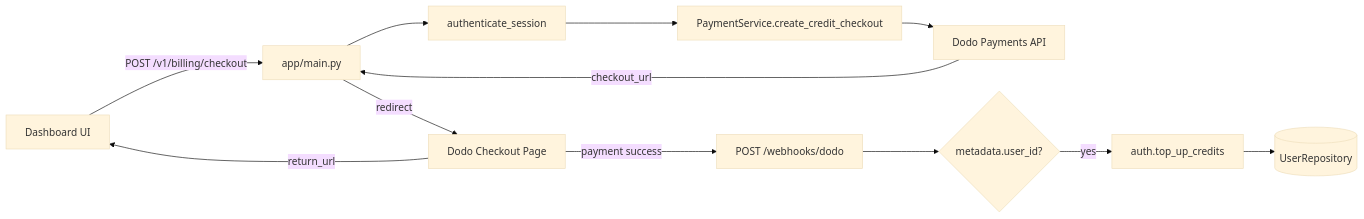
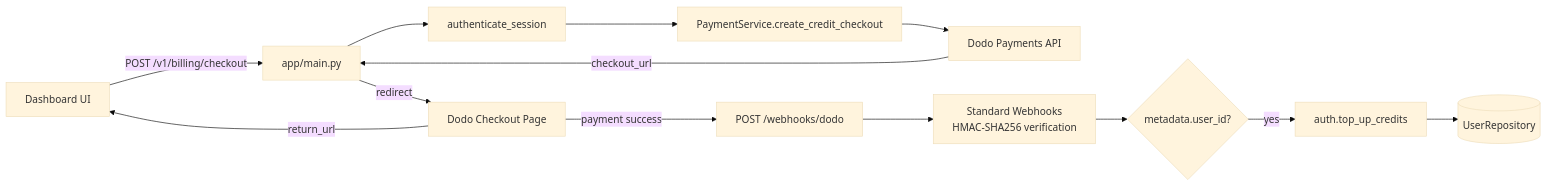
The third of 4 diagrams in ARCHITECTURE.md (adarsh-mamgain/openinference), drawn with Mermaid (base theme) before and after one commit. The commit also changed other lines of this file, not shown here.

Commit message:
Update ARCHITECTURE.md to reflect enhancements in Dodo Payments integration, including Standard Webhooks verification for payment processing. Modify flowchart to illustrate new verification step and update payment route description for clarity.

````diff
--- a/ARCHITECTURE.md
+++ b/ARCHITECTURE.md
@@ -301,15 +301,16 @@
 ```mermaid
 flowchart LR
     Dashboard[Dashboard UI] -->|POST /v1/billing/checkout| Main[app/main.py]
     Main --> Session[authenticate_session]
     Session --> Payment[PaymentService.create_credit_checkout]
     Payment --> Dodo[Dodo Payments API]
     Dodo -->|checkout_url| Main
     Main -->|redirect| DodoCheckout[Dodo Checkout Page]
     
-    DodoCheckout -->|payment success| DodoWebhook[POST /webhooks/dodo]
-    DodoWebhook --> Meta{metadata.user_id?}
-    Meta -->|yes| TopUp[auth.top_up_credits]
-    TopUp --> UserRepo[(UserRepository)]
-    DodoCheckout -->|return_url| Dashboard
+     DodoCheckout -->|payment success| DodoWebhook[POST /webhooks/dodo]
+     DodoWebhook --> Verify[Standard Webhooks<br/>HMAC-SHA256 verification]
+     Verify --> Meta{metadata.user_id?}
+     Meta -->|yes| TopUp[auth.top_up_credits]
+     TopUp --> UserRepo[(UserRepository)]
+     DodoCheckout -->|return_url| Dashboard
 ```
````
